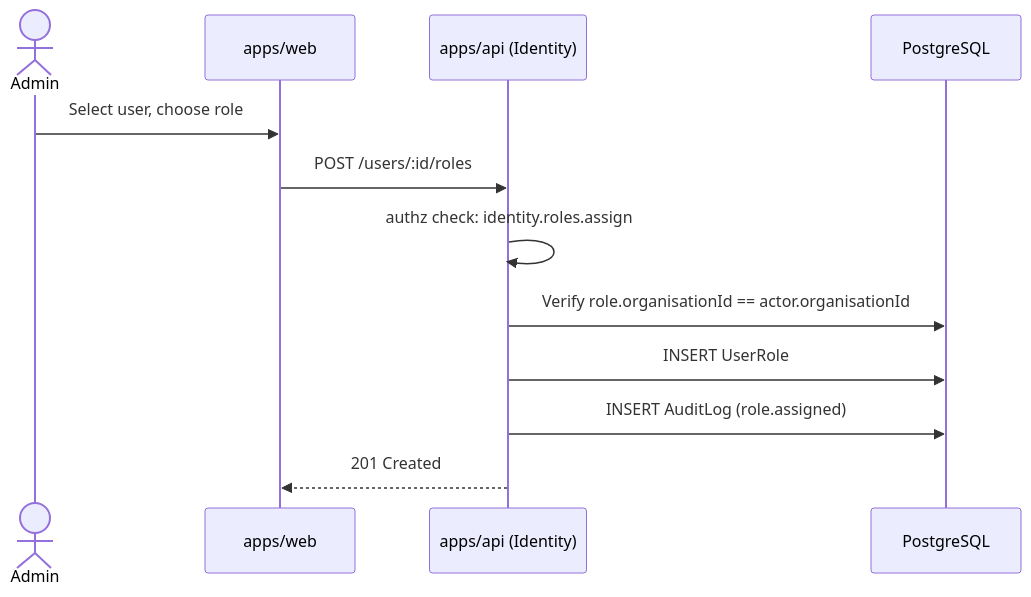
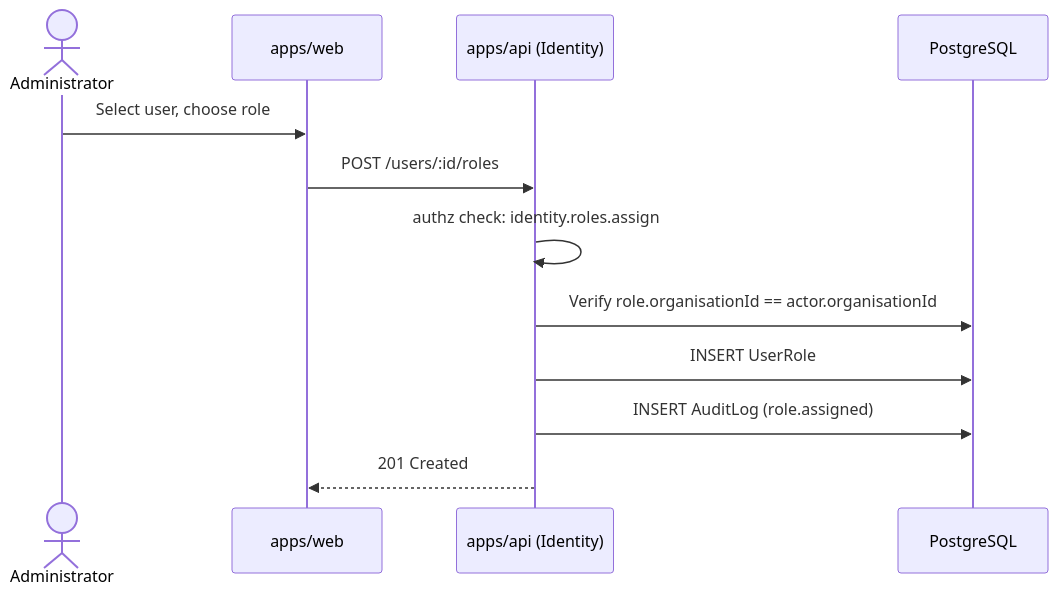
Before and after one commit to Jaycode068/Zentuva--MCOS: the seventh of 7 diagrams in docs/domains/identity.md, drawn with Mermaid. The commit also changed other lines of this file and 30 other files, not shown here.

````diff
--- a/docs/domains/identity.md
+++ b/docs/domains/identity.md
@@ -1051,15 +1051,15 @@
 ```mermaid
 sequenceDiagram
-    actor Admin
+    actor Administrator
     participant Web as apps/web
     participant API as apps/api (Identity)
     participant DB as PostgreSQL
 
-    Admin->>Web: Select user, choose role
+    Administrator->>Web: Select user, choose role
     Web->>API: POST /users/:id/roles
     API->>API: authz check: identity.roles.assign
     API->>DB: Verify role.organisationId == actor.organisationId
     API->>DB: INSERT UserRole
     API->>DB: INSERT AuditLog (role.assigned)
     API-->>Web: 201 Created
 ```
````
